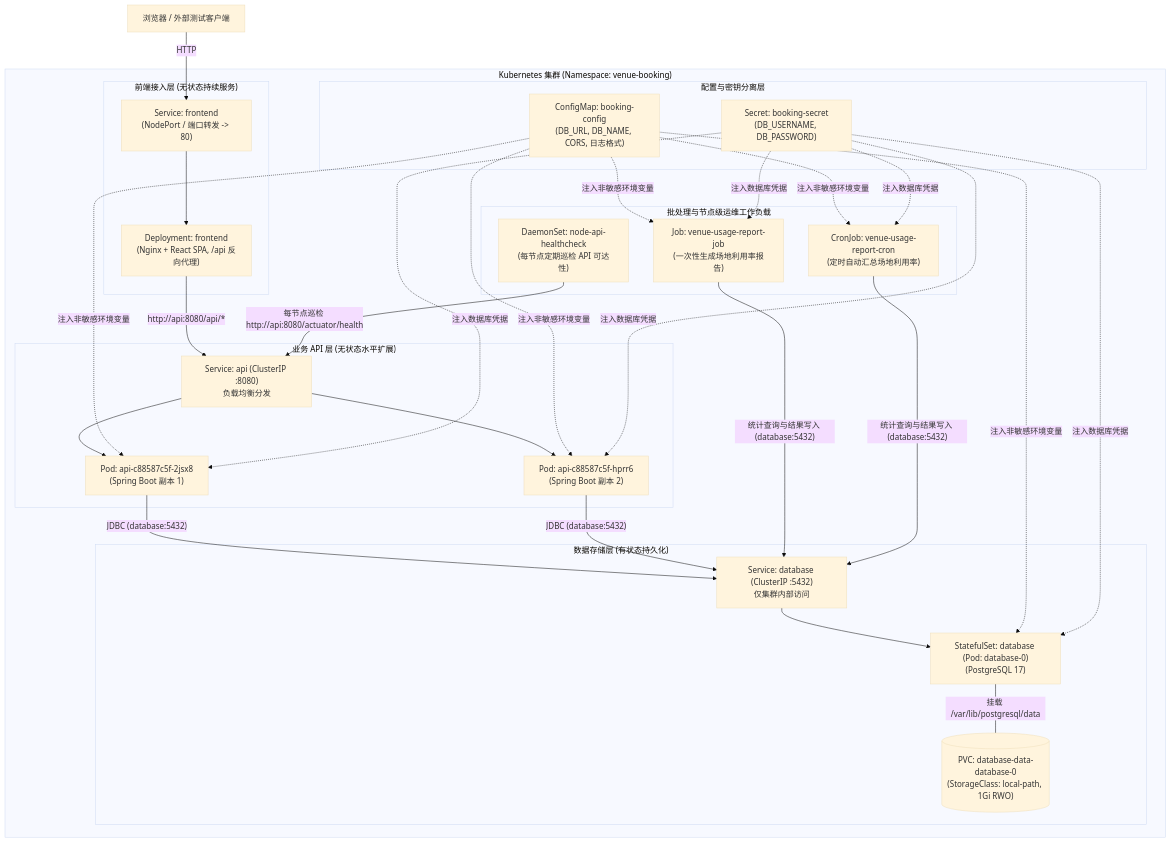
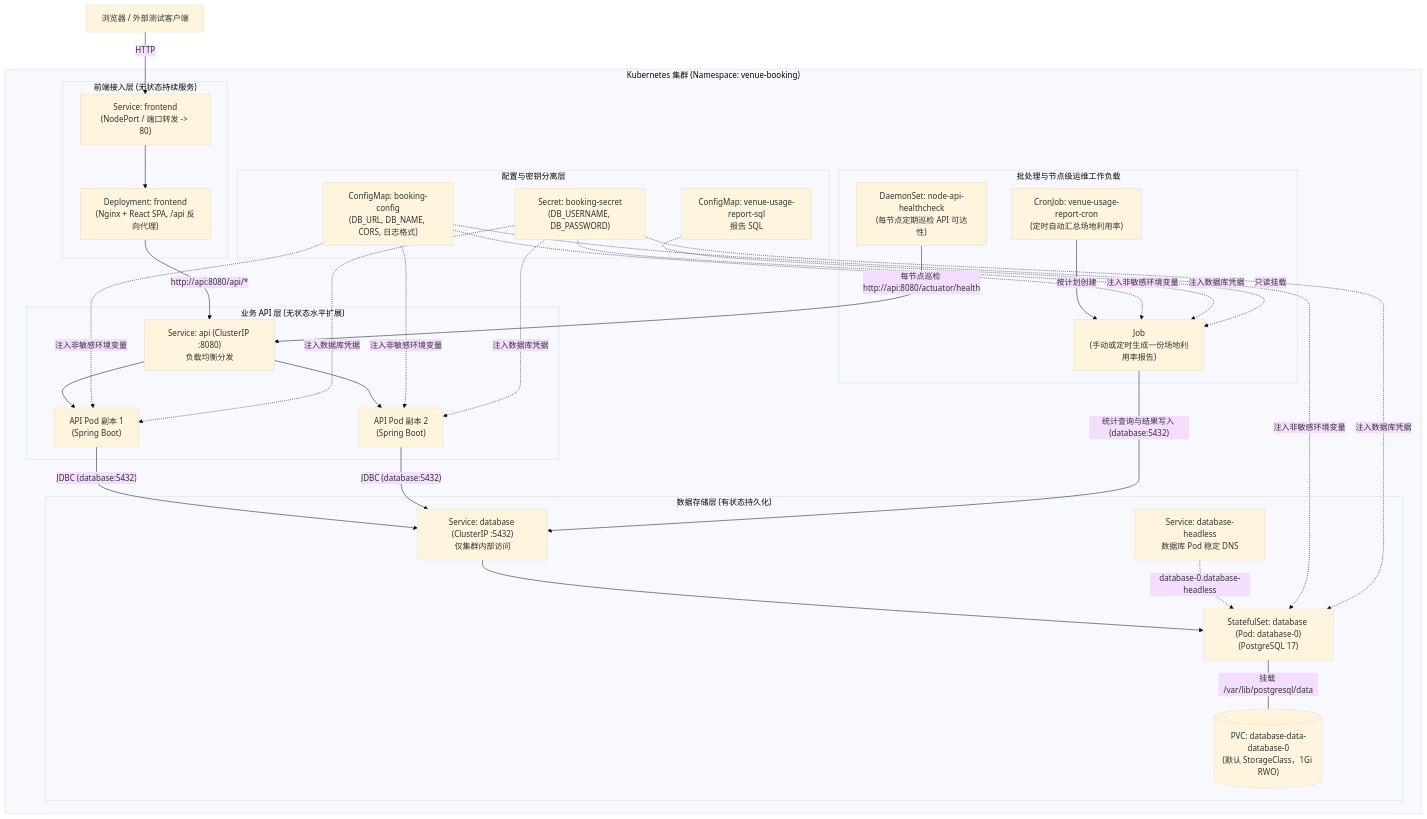
The diagram in docs/lab2-report.md (GloryShenHua/cloud-native), drawn with Mermaid (base theme) before and after one commit. The commit also changed other lines of this file and 16 other files, not shown here.

````diff
--- a/docs/lab2-report.md
+++ b/docs/lab2-report.md
@@ -74,44 +89,49 @@
 ```mermaid
 flowchart TB
     Browser["浏览器 / 外部测试客户端"]
 
     subgraph K8s["Kubernetes 集群 (Namespace: venue-booking)"]
         subgraph ConfigLayer["配置与密钥分离层"]
             CM["ConfigMap: booking-config<br/>(DB_URL, DB_NAME, CORS, 日志格式)"]
+            REPORT_SQL["ConfigMap: venue-usage-report-sql<br/>报告 SQL"]
             SEC["Secret: booking-secret<br/>(DB_USERNAME, DB_PASSWORD)"]
         end
 
         subgraph FrontendLayer["前端接入层 (无状态持续服务)"]
             SVC_FE["Service: frontend<br/>(NodePort / 端口转发 -> 80)"]
             DEP_FE["Deployment: frontend<br/>(Nginx + React SPA, /api 反向代理)"]
         end
 
         subgraph APILayer["业务 API 层 (无状态水平扩展)"]
             SVC_API["Service: api (ClusterIP :8080)<br/>负载均衡分发"]
-            POD_API1["Pod: api-c88587c5f-2jsx8<br/>(Spring Boot 副本 1)"]
-            POD_API2["Pod: api-c88587c5f-hprr6<br/>(Spring Boot 副本 2)"]
+            POD_API1["API Pod 副本 1<br/>(Spring Boot)"]
+            POD_API2["API Pod 副本 2<br/>(Spring Boot)"]
         end
 
         subgraph DataLayer["数据存储层 (有状态持久化)"]
             SVC_DB["Service: database (ClusterIP :5432)<br/>仅集群内部访问"]
+            HEADLESS["Service: database-headless<br/>数据库 Pod 稳定 DNS"]
             STS_DB["StatefulSet: database (Pod: database-0)<br/>(PostgreSQL 17)"]
-            PVC_DB[("PVC: database-data-database-0<br/>(StorageClass: local-path, 1Gi RWO)")]
+            PVC_DB[("PVC: database-data-database-0<br/>(默认 StorageClass，1Gi RWO)")]
         end
 
         subgraph WorkloadLayer["批处理与节点级运维工作负载"]
-            JOB["Job: venue-usage-report-job<br/>(一次性生成场地利用率报告)"]
+            JOB["Job<br/>(手动或定时生成一份场地利用率报告)"]
             CRON["CronJob: venue-usage-report-cron<br/>(定时自动汇总场地利用率)"]
             DS["DaemonSet: node-api-healthcheck<br/>(每节点定期巡检 API 可达性)"]
         end
     end
 
     Browser -->|"HTTP"| SVC_FE --> DEP_FE
     DEP_FE -->|"http://api:8080/api/*"| SVC_API
     DS -->|"每节点巡检 http://api:8080/actuator/health"| SVC_API
     SVC_API --> POD_API1 & POD_API2
     POD_API1 & POD_API2 -->|"JDBC (database:5432)"| SVC_DB --> STS_DB
-    JOB & CRON -->|"统计查询与结果写入 (database:5432)"| SVC_DB
+    CRON -->|"按计划创建"| JOB
+    JOB -->|"统计查询与结果写入 (database:5432)"| SVC_DB
+    HEADLESS -.->|"database-0.database-headless"| STS_DB
     STS_DB ---|"挂载 /var/lib/postgresql/data"| PVC_DB
-    CM -.->|"注入非敏感环境变量"| POD_API1 & POD_API2 & STS_DB & JOB & CRON
-    SEC -.->|"注入数据库凭据"| POD_API1 & POD_API2 & STS_DB & JOB & CRON
+    CM -.->|"注入非敏感环境变量"| POD_API1 & POD_API2 & STS_DB & JOB
+    SEC -.->|"注入数据库凭据"| POD_API1 & POD_API2 & STS_DB & JOB
+    REPORT_SQL -.->|"只读挂载"| JOB
 ```
````
